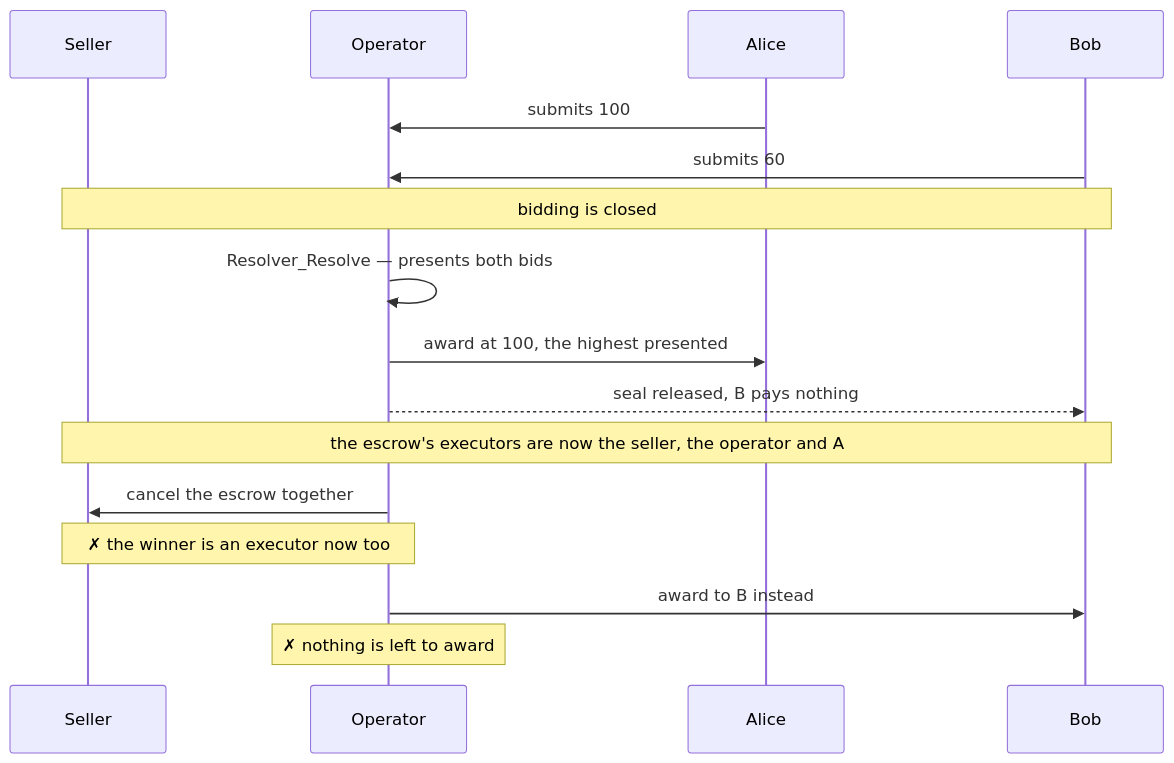
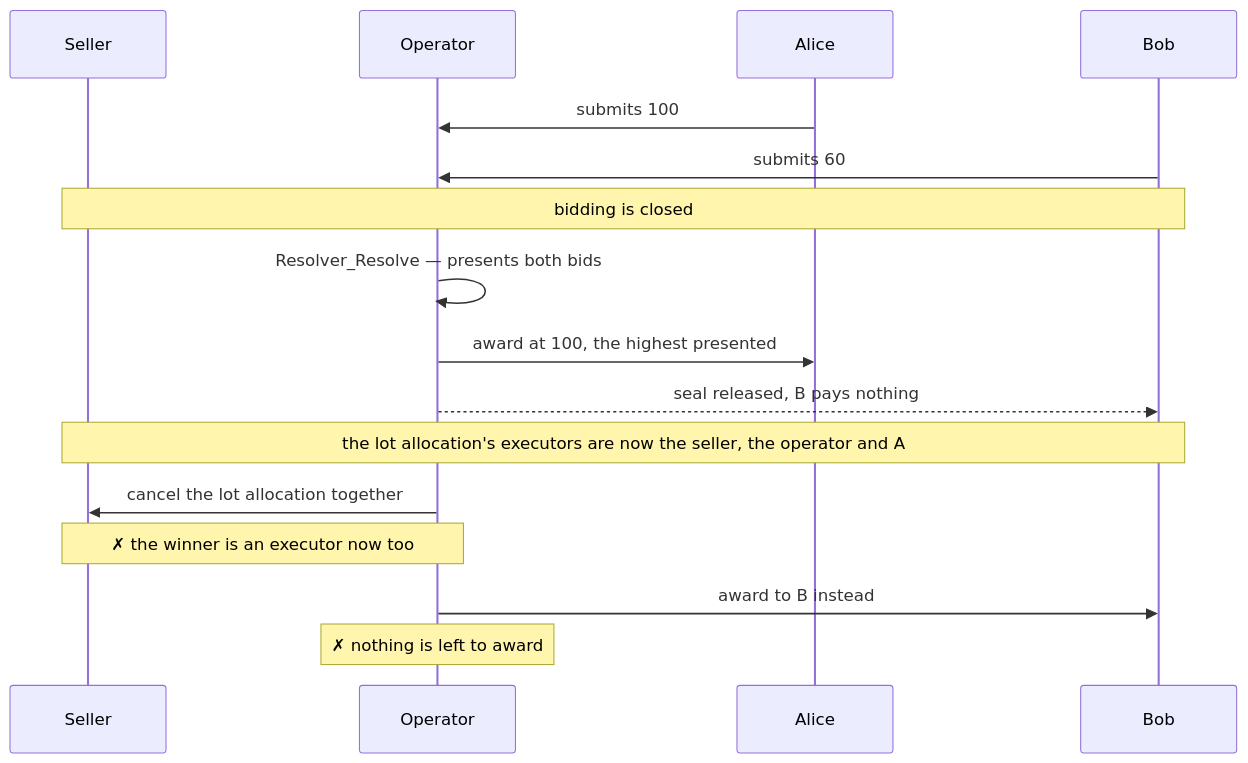
One commit to unlockitio/concordia changed the third of 6 diagrams in examples/auctions/sealed-bid-first-price-high-trust/DEMOS.md. Above: the diagram before and after it, drawn with Mermaid. The commit also changed other lines of this file and 42 other files, not shown here.

````diff
--- a/examples/auctions/sealed-bid-first-price-high-trust/DEMOS.md
+++ b/examples/auctions/sealed-bid-first-price-high-trust/DEMOS.md
@@ -147,21 +152,21 @@
 ```mermaid
 sequenceDiagram
     participant S as Seller
     participant O as Operator
     participant A as Alice
     participant B as Bob
 
     A->>O: submits 100
     B->>O: submits 60
     Note over S,B: bidding is closed
 
     O->>O: Resolver_Resolve — presents both bids
     O->>A: award at 100, the highest presented
     O-->>B: seal released, B pays nothing
-    Note over S,B: the escrow's executors are now the seller, the operator and A
+    Note over S,B: the lot allocation's executors are now the seller, the operator and A
 
-    O->>S: cancel the escrow together
+    O->>S: cancel the lot allocation together
     Note over S,O: ✗ the winner is an executor now too
     O->>B: award to B instead
     Note over O: ✗ nothing is left to award
 ```
````
